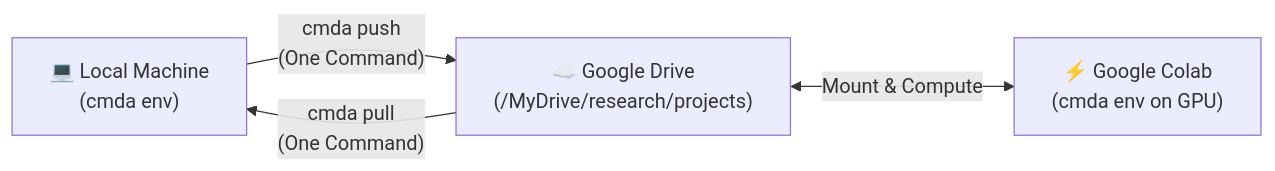
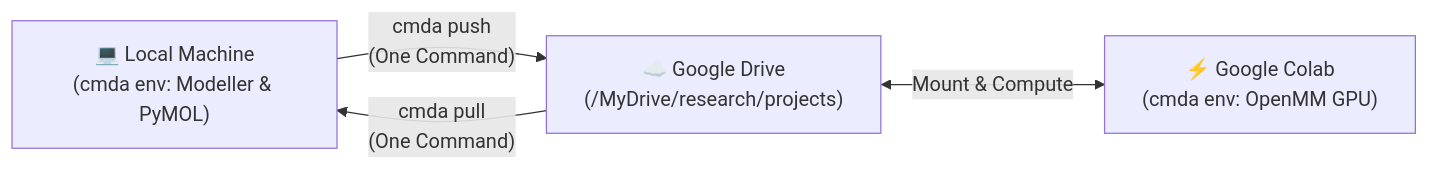
Before and after one commit to paulshamrat/ColabMDA: the first of 2 diagrams in README.md, drawn with Mermaid. The commit also changed other lines of this file, not shown here.

````diff
--- a/README.md
+++ b/README.md
@@ -15,6 +18,6 @@
 ```mermaid
 flowchart LR
-    A["💻 Local Machine<br/>(cmda env)"] -->|"cmda push<br/>(One Command)"| B["☁️ Google Drive<br/>(/MyDrive/research/projects)"]
-    B <-->|"Mount & Compute"| C["⚡ Google Colab<br/>(cmda env on GPU)"]
+    A["💻 Local Machine<br/>(cmda env: Modeller & PyMOL)"] -->|"cmda push<br/>(One Command)"| B["☁️ Google Drive<br/>(/MyDrive/research/projects)"]
+    B <-->|"Mount & Compute"| C["⚡ Google Colab<br/>(cmda env: OpenMM GPU)"]
     B -->|"cmda pull<br/>(One Command)"| A
 ```
````
